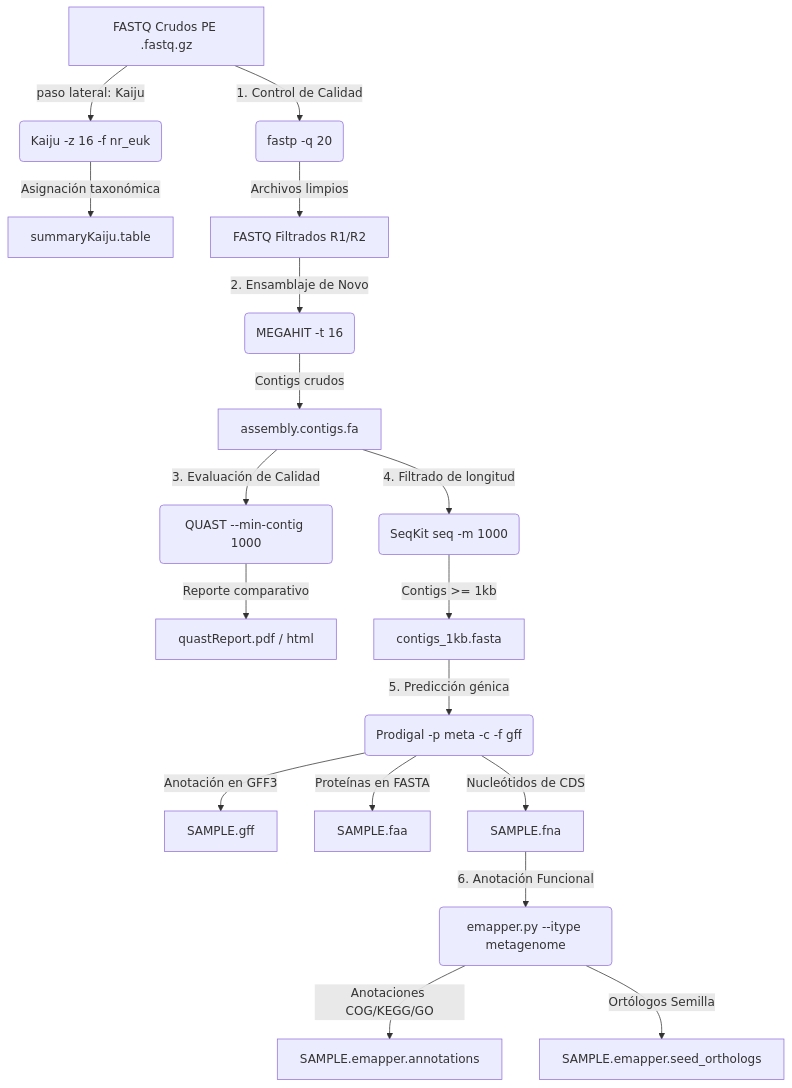
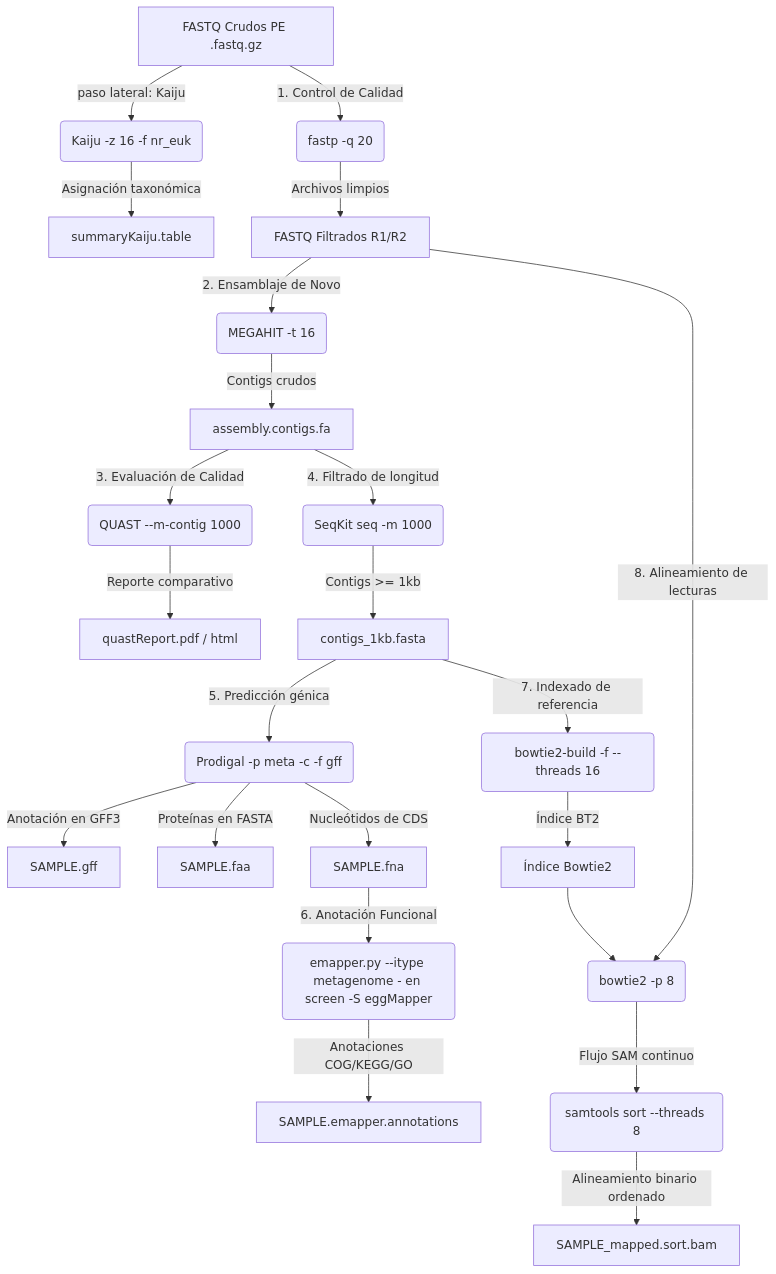
Before and after one commit to IzaRamosUNAM/AntarcticMetagenomes: the diagram in README.md, drawn with Mermaid. The commit also changed other lines of this file, not shown here.

````diff
--- a/README.md
+++ b/README.md
@@ -566,25 +773,31 @@
 ```mermaid
 graph TD
     A[FASTQ Crudos PE .fastq.gz] -->|paso lateral: Kaiju| B(Kaiju -z 16 -f nr_euk)
     B -->|Asignación taxonómica| C[summaryKaiju.table]
     
     A -->|1. Control de Calidad| D(fastp -q 20)
     D -->|Archivos limpios| E[FASTQ Filtrados R1/R2]
     E -->|2. Ensamblaje de Novo| F(MEGAHIT -t 16)
     F -->|Contigs crudos| G[assembly.contigs.fa]
     
-    G -->|3. Evaluación de Calidad| H(QUAST --min-contig 1000)
+    G -->|3. Evaluación de Calidad| H(QUAST --m-contig 1000)
     H -->|Reporte comparativo| I[quastReport.pdf / html]
     
     G -->|4. Filtrado de longitud| J(SeqKit seq -m 1000)
     J -->|Contigs >= 1kb| K[contigs_1kb.fasta]
     
     K -->|5. Predicción génica| L(Prodigal -p meta -c -f gff)
     L -->|Anotación en GFF3| M[SAMPLE.gff]
     L -->|Proteínas en FASTA| N[SAMPLE.faa]
     L -->|Nucleótidos de CDS| O[SAMPLE.fna]
     
-    O -->|6. Anotación Funcional| P(emapper.py --itype metagenome)
+    O -->|6. Anotación Funcional| P(emapper.py --itype metagenome - en screen -S eggMapper)
     P -->|Anotaciones COG/KEGG/GO| Q[SAMPLE.emapper.annotations]
-    P -->|Ortólogos Semilla| R[SAMPLE.emapper.seed_orthologs]
+    
+    K -->|7. Indexado de referencia| R(bowtie2-build -f --threads 16)
+    R -->|Índice BT2| S[Índice Bowtie2]
+    E -->|8. Alineamiento de lecturas| T(bowtie2 -p 8)
+    S --> T
+    T -->|Flujo SAM continuo| U(samtools sort --threads 8)
+    U -->|Alineamiento binario ordenado| V[SAMPLE_mapped.sort.bam]
 ```
````
